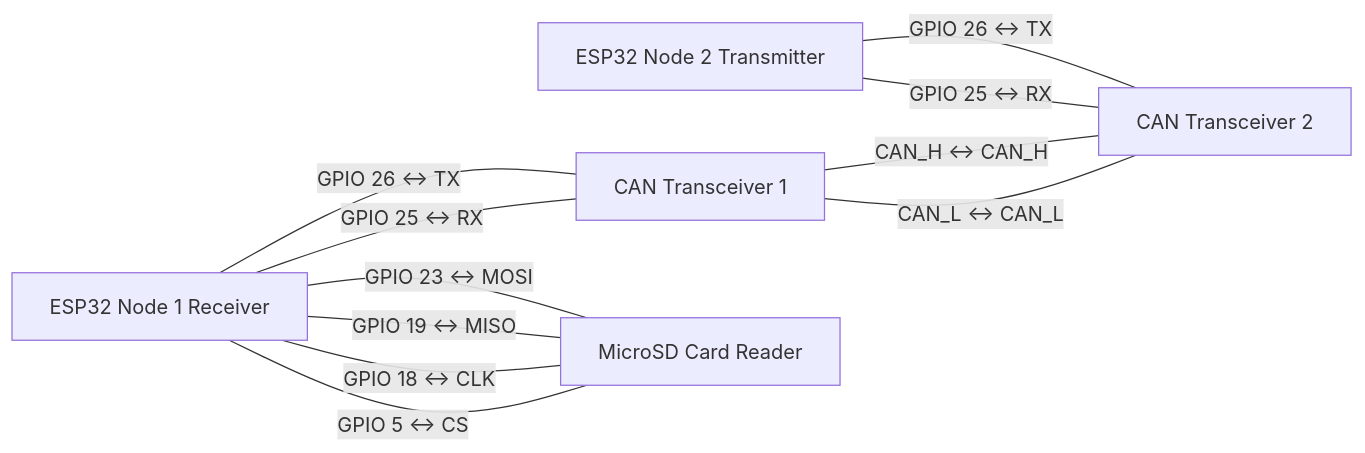
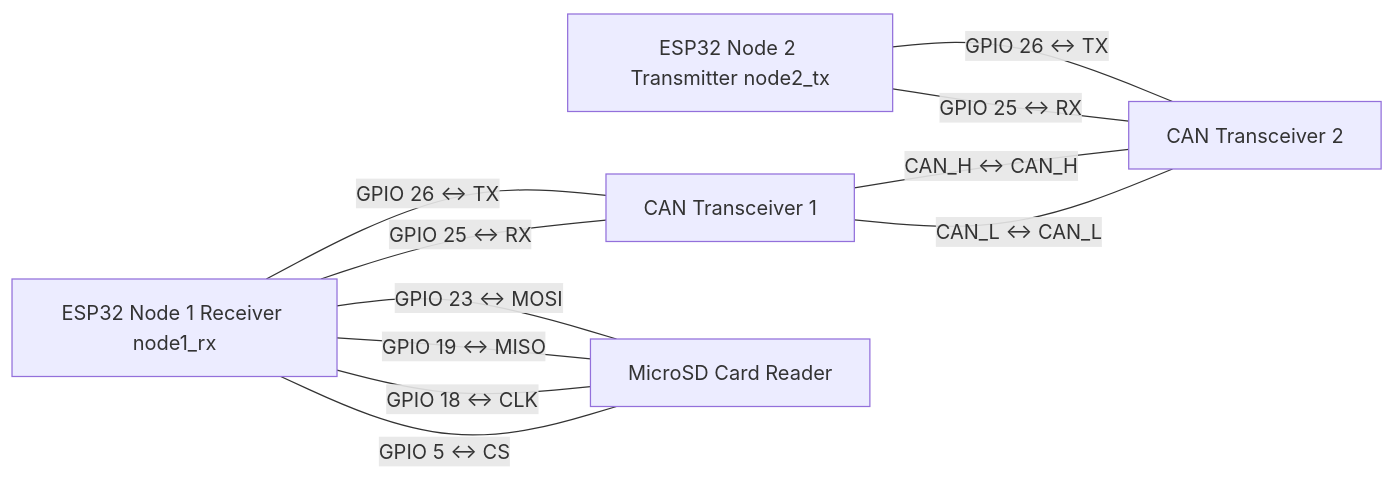
One commit to k1llo/pwrinspace_zadanie_1 changed the diagram in README.md. Above: the diagram before and after it, drawn with Mermaid. The commit also changed other lines of this file, not shown here.

````diff
--- a/README.md
+++ b/README.md
@@ -3,22 +7,22 @@
 ```mermaid
 graph LR
-    ESP1[ESP32 Node 1 Receiver]
-    ESP2[ESP32 Node 2 Transmitter]
+    ESP1[ESP32 Node 1 Receiver node1_rx]
+    ESP2[ESP32 Node 2 Transmitter node2_tx]
     CAN1[CAN Transceiver 1]
     CAN2[CAN Transceiver 2]
     SD[MicroSD Card Reader]
 
     ESP1 -- "GPIO 26 <-> TX" --- CAN1
     ESP1 -- "GPIO 25 <-> RX" --- CAN1
 
     ESP1 -- "GPIO 23 <-> MOSI" --- SD
     ESP1 -- "GPIO 19 <-> MISO" --- SD
     ESP1 -- "GPIO 18 <-> CLK" --- SD
     ESP1 -- "GPIO 5 <-> CS" --- SD
 
     ESP2 -- "GPIO 26 <-> TX" --- CAN2
     ESP2 -- "GPIO 25 <-> RX" --- CAN2
 
     CAN1 -- "CAN_H <-> CAN_H" --- CAN2
     CAN1 -- "CAN_L <-> CAN_L" --- CAN2
 ```
````
